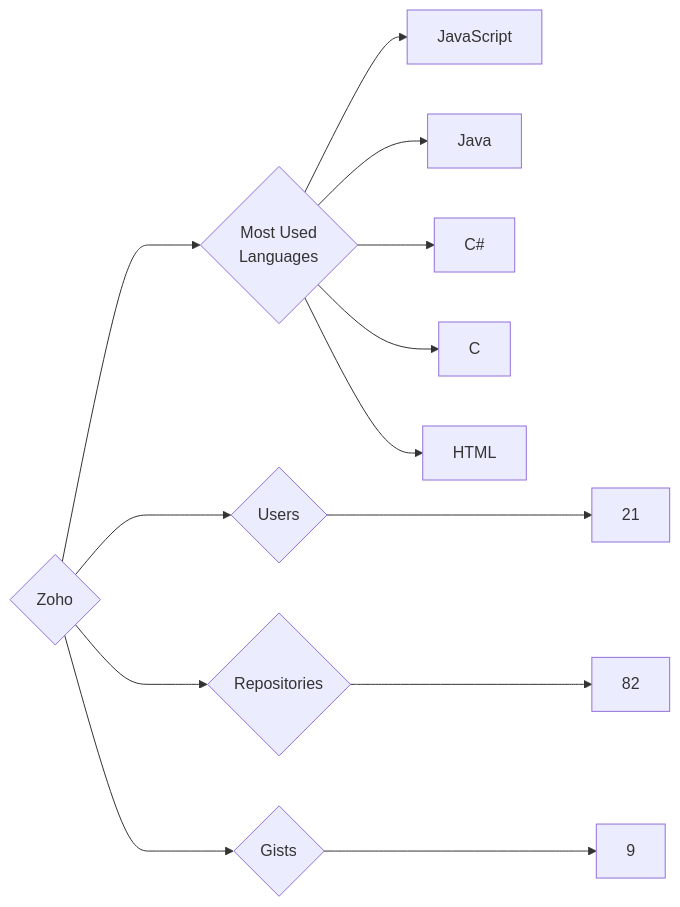
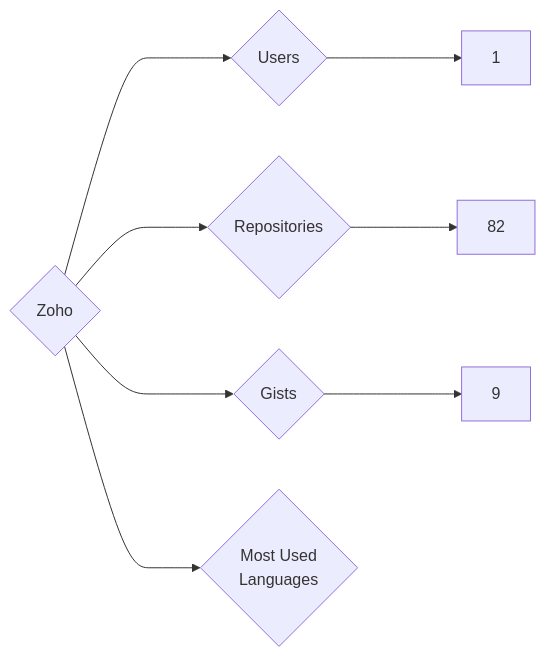
The diagram in targets/Zoho/README.md (trickest/insiders), drawn with Mermaid before and after one commit. The commit also changed 970 other files, not shown here.

````diff
--- a/targets/Zoho/README.md
+++ b/targets/Zoho/README.md
@@ -3,13 +3,8 @@
 ```mermaid
 graph LR
 COMPANY_NAME{Zoho}
-COMPANY_NAME ---> U{Users} ---> UN[21]
+COMPANY_NAME ---> U{Users} ---> UN[1]
 COMPANY_NAME ---> R{Repositories} ---> RN[82]
 COMPANY_NAME ---> G{Gists} ---> GN[9]
 COMPANY_NAME ---> ML{Most Used<br>Languages}
-ML --> JavaScript[JavaScript]
-ML --> Java[Java]
-ML --> C#[C#]
-ML --> C[C]
-ML --> HTML[HTML]
 ```
````
